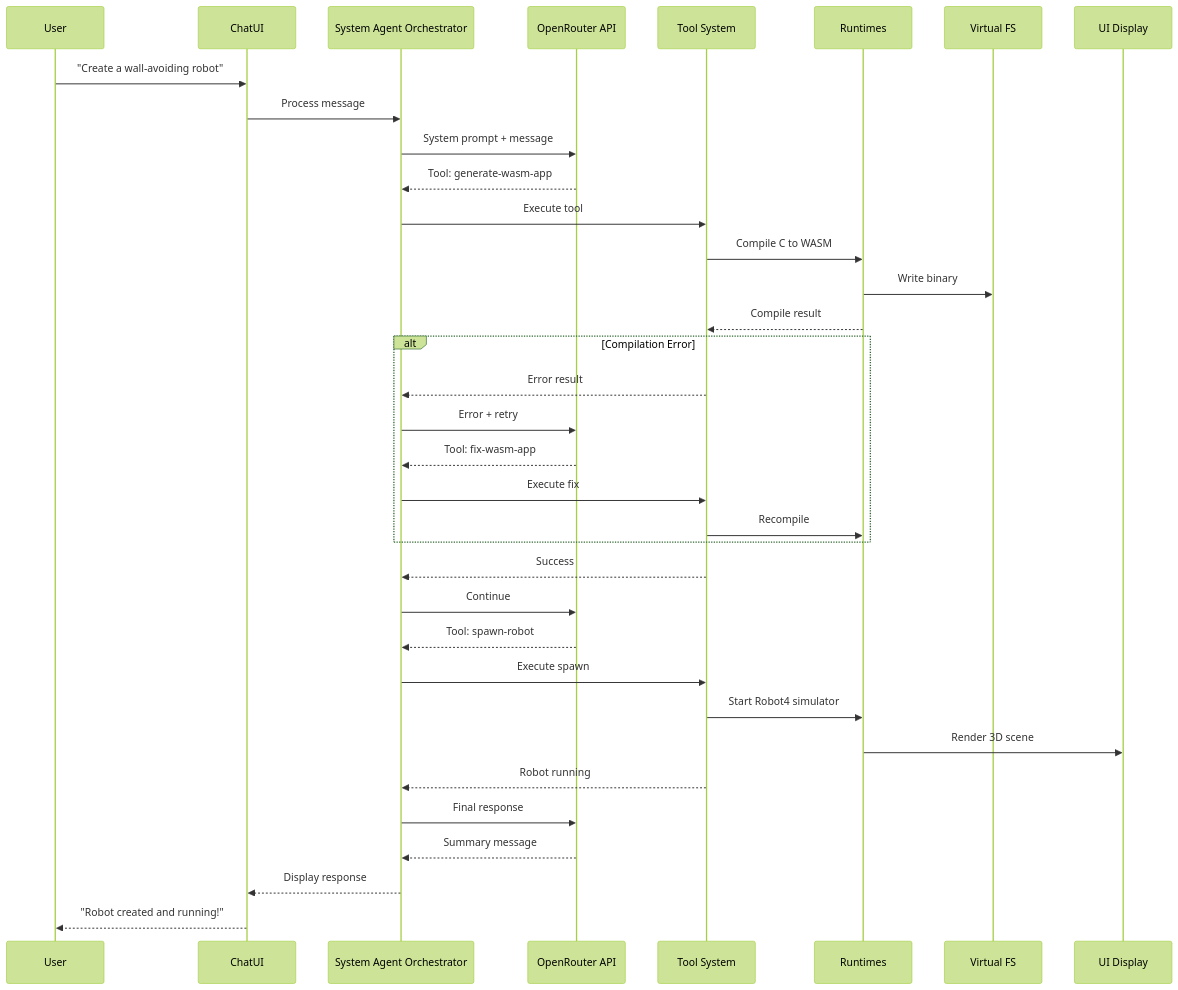
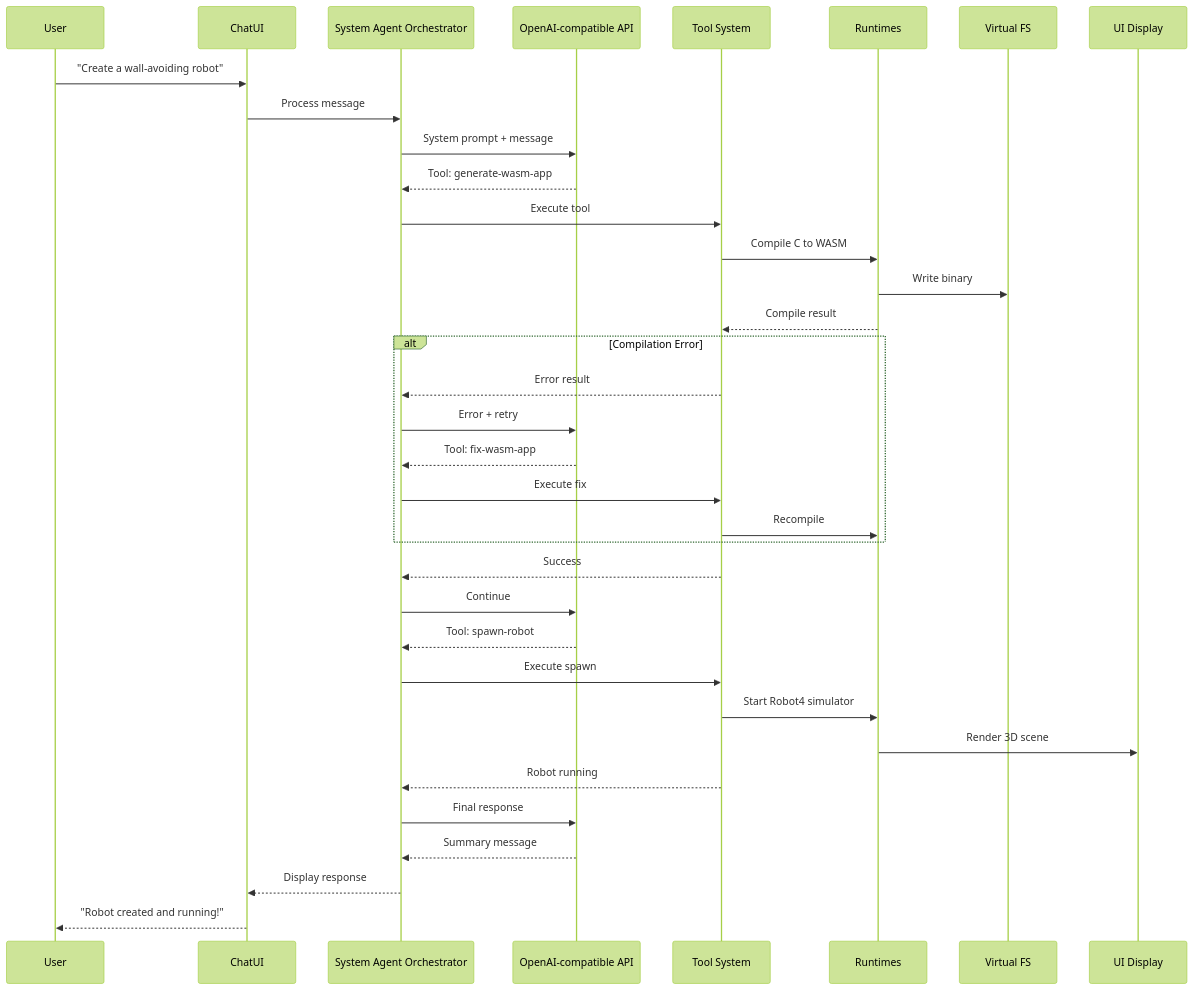
One commit to EvolvingAgentsLabs/llmos changed diagram 21 of 25 in docs/architecture/ARCHITECTURE.md. Above: the diagram before and after it, drawn with Mermaid (forest theme). The commit also changed other lines of this file and 4 other files, not shown here.

First line of the commit message:
docs: Update architecture documentation for new structure

````diff
--- a/docs/architecture/ARCHITECTURE.md
+++ b/docs/architecture/ARCHITECTURE.md
@@ -816,44 +841,44 @@
 ```mermaid
 sequenceDiagram
     participant User
     participant ChatUI
     participant SAO as System Agent Orchestrator
-    participant LLM as OpenRouter API
+    participant LLM as OpenAI-compatible API
     participant Tools as Tool System
     participant Runtime as Runtimes
     participant VFS as Virtual FS
     participant Display as UI Display
 
     User->>ChatUI: "Create a wall-avoiding robot"
     ChatUI->>SAO: Process message
 
     SAO->>LLM: System prompt + message
     LLM-->>SAO: Tool: generate-wasm-app
 
     SAO->>Tools: Execute tool
     Tools->>Runtime: Compile C to WASM
     Runtime->>VFS: Write binary
     Runtime-->>Tools: Compile result
 
     alt Compilation Error
         Tools-->>SAO: Error result
         SAO->>LLM: Error + retry
         LLM-->>SAO: Tool: fix-wasm-app
         SAO->>Tools: Execute fix
         Tools->>Runtime: Recompile
     end
 
     Tools-->>SAO: Success
     SAO->>LLM: Continue
     LLM-->>SAO: Tool: spawn-robot
 
     SAO->>Tools: Execute spawn
     Tools->>Runtime: Start Robot4 simulator
     Runtime->>Display: Render 3D scene
 
     Tools-->>SAO: Robot running
     SAO->>LLM: Final response
     LLM-->>SAO: Summary message
     SAO-->>ChatUI: Display response
     ChatUI-->>User: "Robot created and running!"
 ```
````
